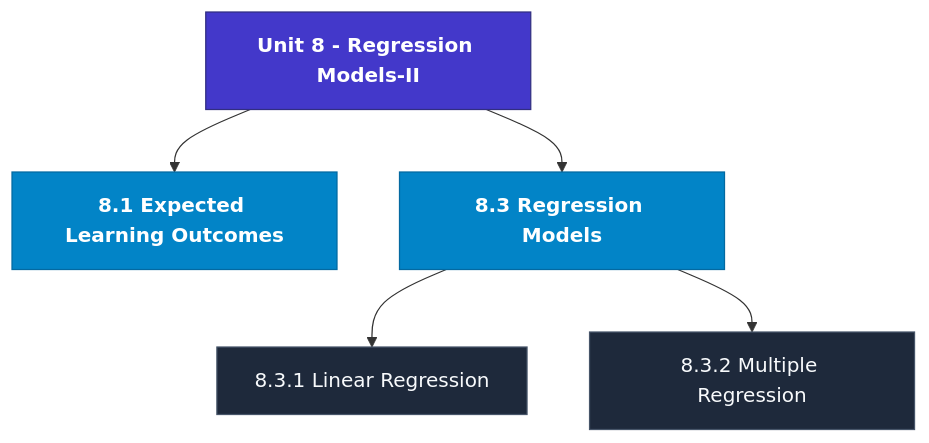
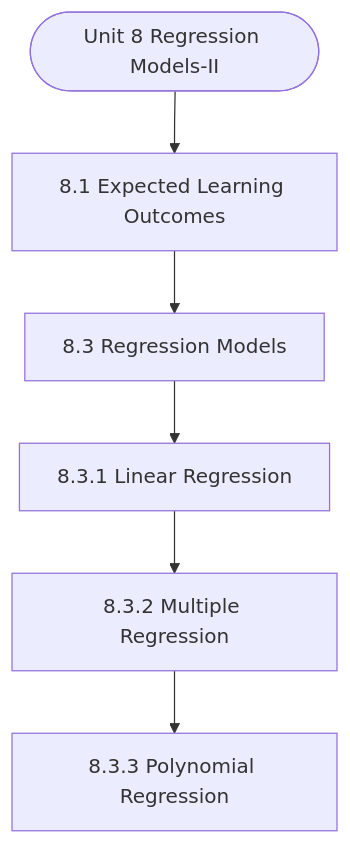
Before and after one commit to Asutosh-Coaching/mscdsa: the diagram in notes/Semester_2/MCS-068_Predictive_Data_Analysis/unit_08_Regression_Models-II.md, drawn with Mermaid. The commit also changed other lines of this file and 115 other files, not shown here.

Commit message:
Fix Mermaid layout for mobile, isolate LaTeX delimiters, and add GitHub Pages reader

````diff
--- a/notes/Semester_2/MCS-068_Predictive_Data_Analysis/unit_08_Regression_Models-II.md
+++ b/notes/Semester_2/MCS-068_Predictive_Data_Analysis/unit_08_Regression_Models-II.md
@@ -19,17 +19,14 @@
 ```mermaid
 flowchart TD
-  %% Styling Definitions
-  classDef head fill:#4338ca,stroke:#312e81,color:#ffffff,font-weight:bold;
-  classDef topic fill:#0284c7,stroke:#0369a1,color:#ffffff,font-weight:600;
-  classDef sub fill:#1e293b,stroke:#475569,color:#f8fafc;
-
-  Root["Unit 8 - Regression Models-II"]:::head
-  M1["8.1 Expected Learning Outcomes"]:::topic
-  Root --> M1
-  M2["8.3 Regression Models"]:::topic
-  Root --> M2
-  M2_1["8.3.1 Linear Regression"]:::sub
-  M2 --> M2_1
-  M2_2["8.3.2 Multiple Regression"]:::sub
-  M2 --> M2_2
+  Start(["Unit 8 Regression Models-II"])
+  N1["8.1 Expected Learning Outcomes"]
+  N2["8.3 Regression Models"]
+  N3["8.3.1 Linear Regression"]
+  N4["8.3.2 Multiple Regression"]
+  N5["8.3.3 Polynomial Regression"]
+  Start --> N1
+  N1 --> N2
+  N2 --> N3
+  N3 --> N4
+  N4 --> N5
 ```
````
